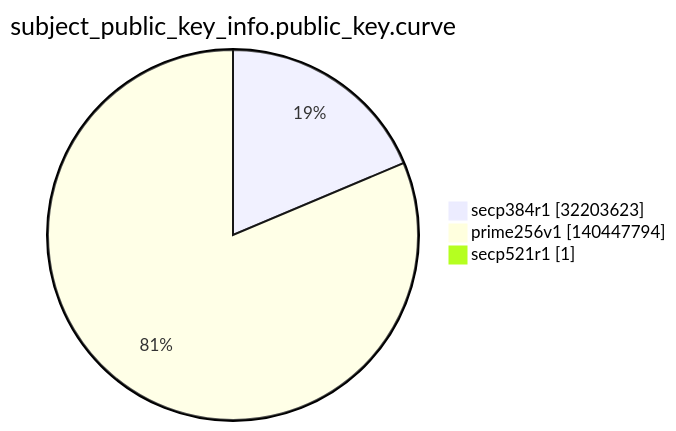
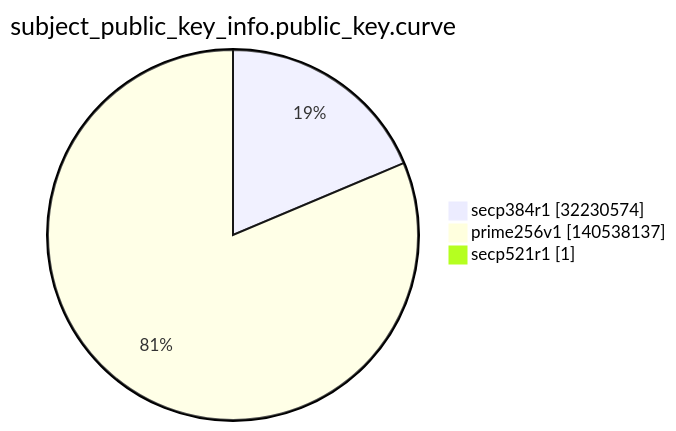
Before and after one commit to christiankrug/ctmonitor_visualization: the ninth of 15 diagrams in argon2022/README.md, drawn with Mermaid. The commit also changed other lines of this file, not shown here.

````diff
--- a/argon2022/README.md
+++ b/argon2022/README.md
@@ -2762,7 +2762,7 @@
 ```mermaid
 pie showData
 title subject_public_key_info.public_key.curve
-"secp384r1" :32203623
-"prime256v1" :140447794
+"secp384r1" :32230574
+"prime256v1" :140538137
 "secp521r1" :1
 ```
````
